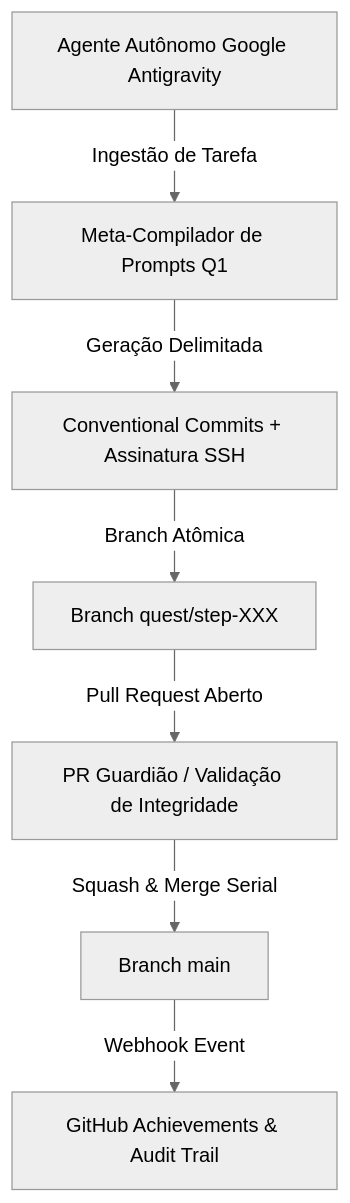
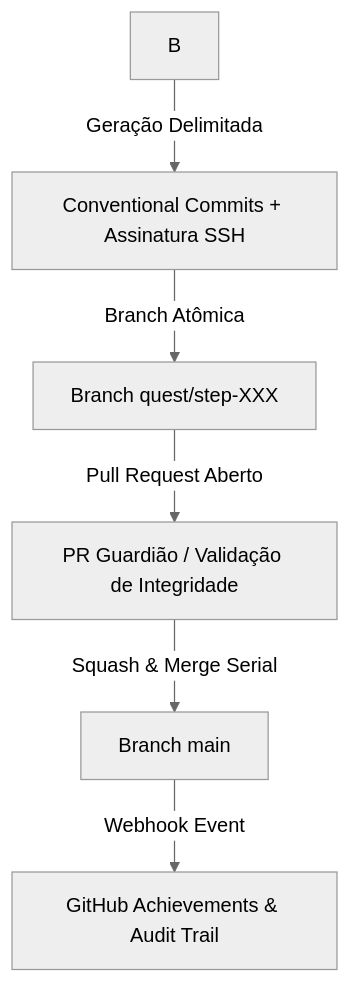
One commit to q1-by-taco/pull-shark-quest changed the diagram in README.md. Above: the diagram before and after it, drawn with Mermaid (neutral theme). The commit also changed other lines of this file, not shown here.

````diff
--- a/README.md
+++ b/README.md
@@ -33,9 +32,8 @@
 ```mermaid
 graph TD
-    A[Agente Autônomo Google Antigravity] -->|Ingestão de Tarefa| B[Meta-Compilador de Prompts Q1]
     B -->|Geração Delimitada| C[Conventional Commits + Assinatura SSH]
     C -->|Branch Atômica| D[Branch quest/step-XXX]
     D -->|Pull Request Aberto| E[PR Guardião / Validação de Integridade]
     E -->|Squash & Merge Serial| F[Branch main]
     F -->|Webhook Event| G[GitHub Achievements & Audit Trail]
 ```
````
